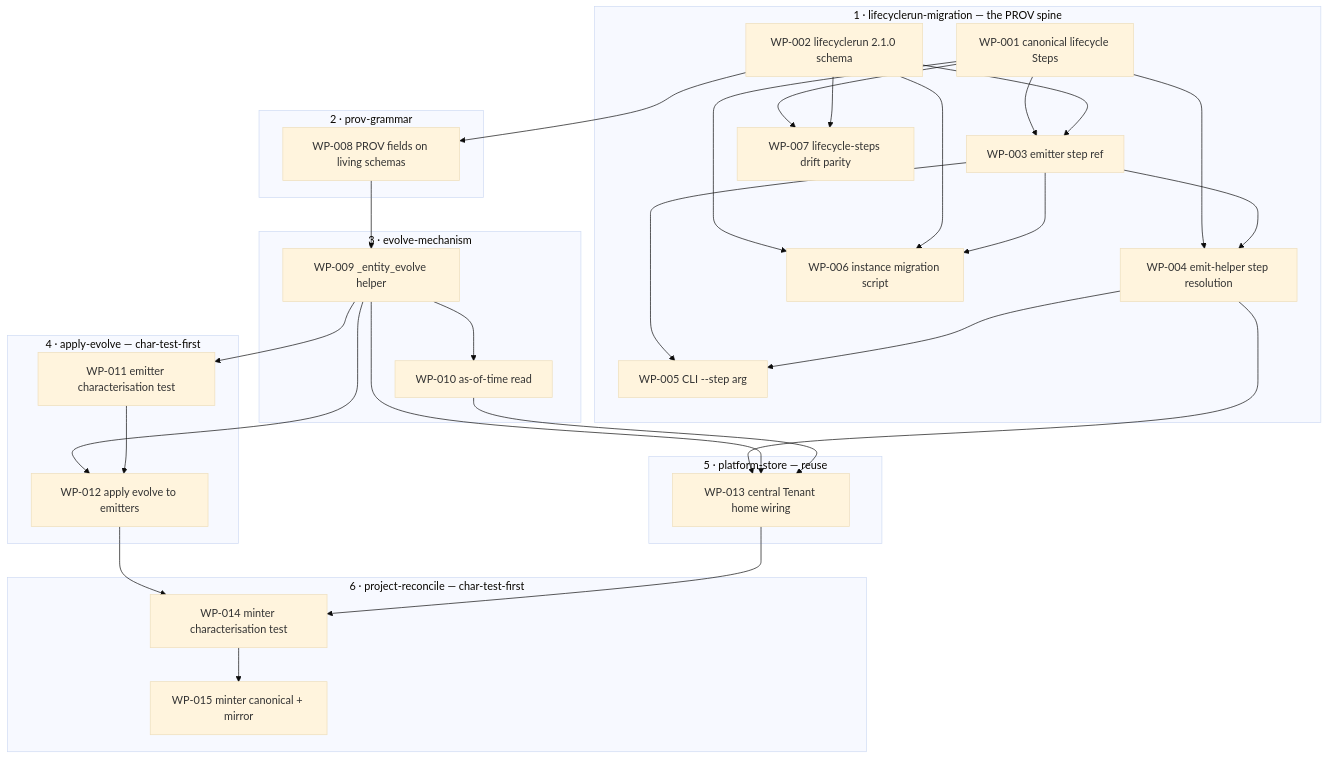
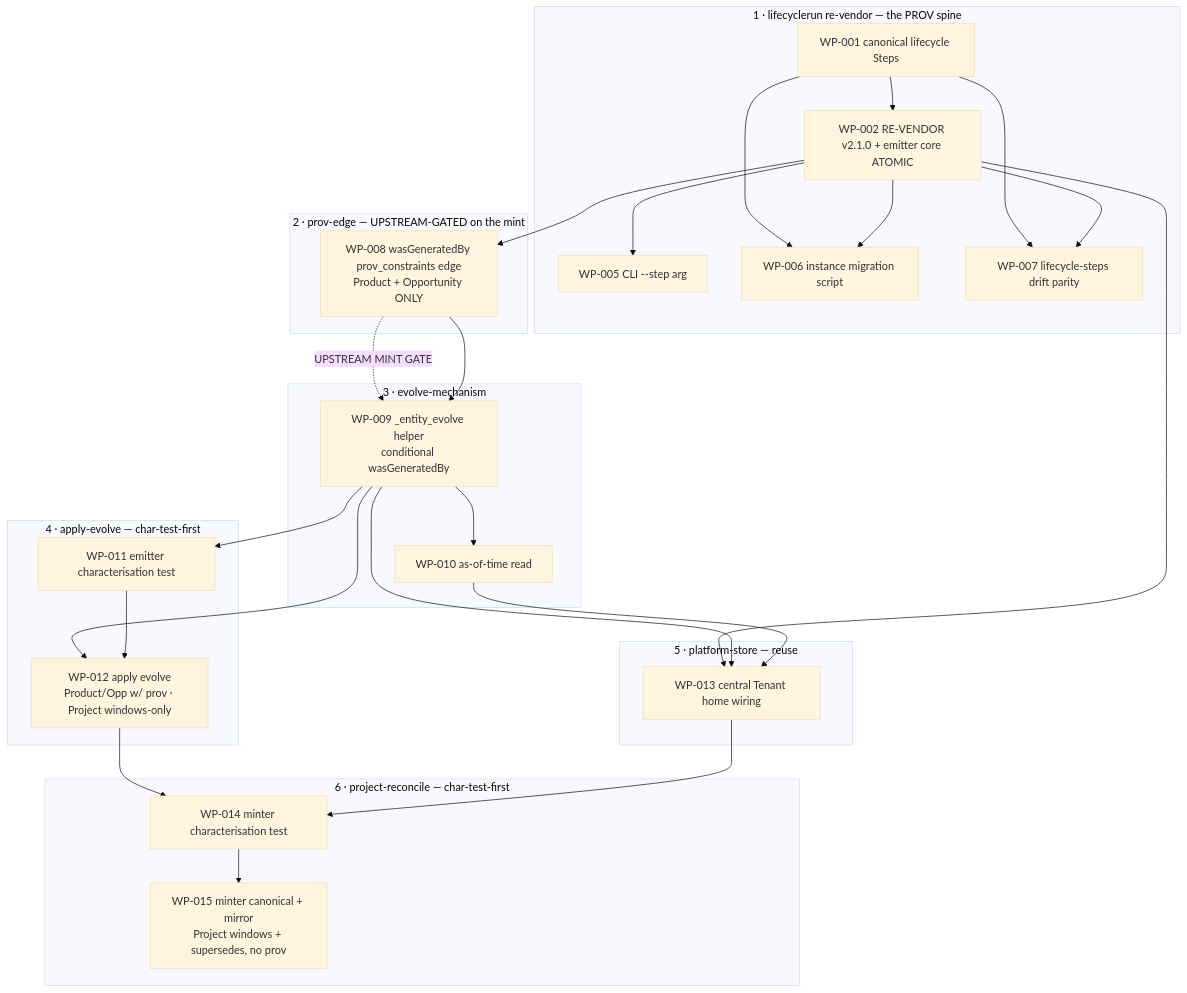
The diagram in .architecture/product-project-opportunity-evolution/work-packages/INDEX.md (sulis-ai/agents), drawn with Mermaid (base theme) before and after one commit. The commit also changed other lines of this file and 23 other files, not shown here.

````diff
--- a/.architecture/product-project-opportunity-evolution/work-packages/INDEX.md
+++ b/.architecture/product-project-opportunity-evolution/work-packages/INDEX.md
@@ -85,54 +110,48 @@
 ```mermaid
 graph TD
-  subgraph P1[1 · lifecyclerun-migration — the PROV spine]
+  subgraph P1[1 · lifecyclerun re-vendor — the PROV spine]
     WP001[WP-001 canonical lifecycle Steps]
-    WP002[WP-002 lifecyclerun 2.1.0 schema]
-    WP003[WP-003 emitter step ref]
-    WP004[WP-004 emit-helper step resolution]
+    WP002[WP-002 RE-VENDOR v2.1.0 + emitter core ATOMIC]
     WP005[WP-005 CLI --step arg]
     WP006[WP-006 instance migration script]
     WP007[WP-007 lifecycle-steps drift parity]
   end
-  subgraph P2[2 · prov-grammar]
-    WP008[WP-008 PROV fields on living schemas]
+  subgraph P2[2 · prov-edge — UPSTREAM-GATED on the mint]
+    WP008[WP-008 wasGeneratedBy prov_constraints edge<br/>Product + Opportunity ONLY]
   end
   subgraph P3[3 · evolve-mechanism]
-    WP009[WP-009 _entity_evolve helper]
+    WP009[WP-009 _entity_evolve helper<br/>conditional wasGeneratedBy]
     WP010[WP-010 as-of-time read]
   end
   subgraph P4[4 · apply-evolve — char-test-first]
     WP011[WP-011 emitter characterisation test]
-    WP012[WP-012 apply evolve to emitters]
+    WP012[WP-012 apply evolve<br/>Product/Opp w/ prov · Project windows-only]
   end
   subgraph P5[5 · platform-store — reuse]
     WP013[WP-013 central Tenant home wiring]
   end
   subgraph P6[6 · project-reconcile — char-test-first]
     WP014[WP-014 minter characterisation test]
-    WP015[WP-015 minter canonical + mirror]
+    WP015[WP-015 minter canonical + mirror<br/>Project windows + supersedes, no prov]
   end
 
-  WP001 --> WP003
-  WP001 --> WP004
+  WP001 --> WP002
   WP001 --> WP006
   WP001 --> WP007
-  WP002 --> WP003
+  WP002 --> WP005
   WP002 --> WP006
   WP002 --> WP007
   WP002 --> WP008
-  WP003 --> WP004
-  WP003 --> WP005
-  WP003 --> WP006
-  WP004 --> WP005
-  WP004 --> WP013
+  WP002 --> WP013
+  WP008 -. UPSTREAM MINT GATE .-> WP009
   WP008 --> WP009
   WP009 --> WP010
   WP009 --> WP011
   WP009 --> WP012
   WP009 --> WP013
   WP010 --> WP013
   WP011 --> WP012
   WP012 --> WP014
   WP013 --> WP014
   WP014 --> WP015
 ```
````
